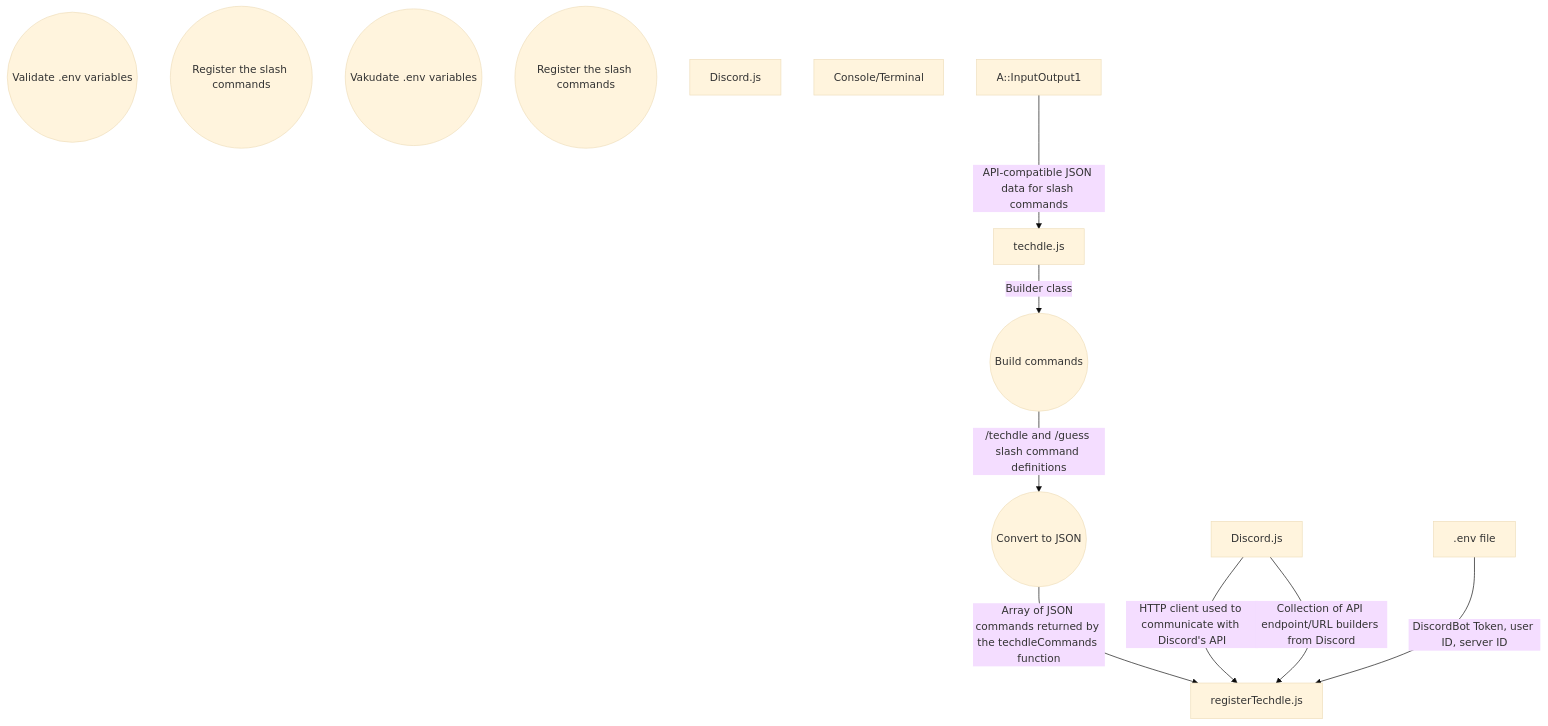
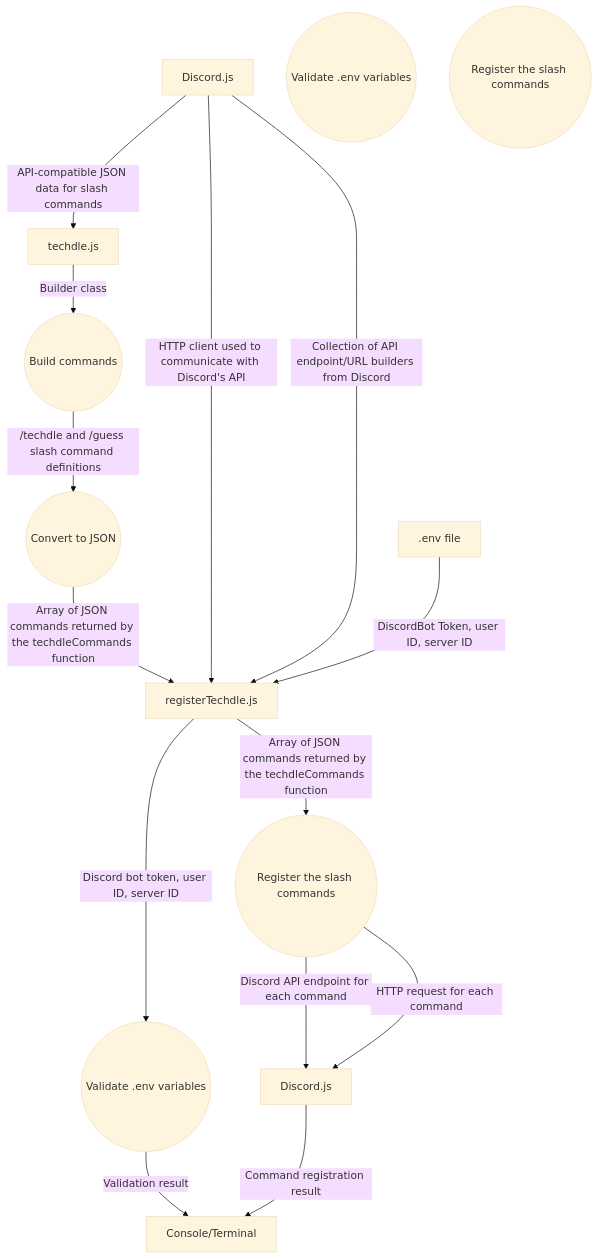
One commit to AythanP/CopyWordleBot changed the second of 2 diagrams in ARCHITECTURE.md. Above: the diagram before and after it, drawn with Mermaid (base theme).

Commit message:
Fix typo in architecture diagram for validation

````diff
--- a/ARCHITECTURE.md
+++ b/ARCHITECTURE.md
@@ -21,24 +21,29 @@
 ```mermaid
 flowchart TD
     A[Discord.js]
     B[techdle.js]
     C((Build commands))
     D((Convert to JSON))
     E[.env file]
     F[registerTechdle.js]
     G((Validate .env variables))
     H((Register the slash commands))
-    I((Vakudate .env variables))
+    I((Validate .env variables))
     J((Register the slash commands))
     K[Discord.js]
     L[Console/Terminal]
-    classDef InputOutput1 fill:#ffd700;
 
-    A::InputOutput1-->|API-compatible JSON data for slash commands|B
+    A-->|API-compatible JSON data for slash commands|B
     B-->|Builder class|C
     C-->|/techdle and /guess slash command definitions|D
     D-->|Array of JSON commands returned by the techdleCommands function|F
     A-->|HTTP client used to communicate with Discord's API|F
     A-->|Collection of API endpoint/URL builders from Discord|F
     E-->|DiscordBot Token, user ID, server ID|F
+    F-->|Discord bot token, user ID, server ID|I
+    F-->|Array of JSON commands returned by the techdleCommands function|J
+    J-->|Discord API endpoint for each command|K
+    J-->|HTTP request for each command|K
+    I-->|Validation result|L
+    K-->|Command registration result|L
 ```
````
